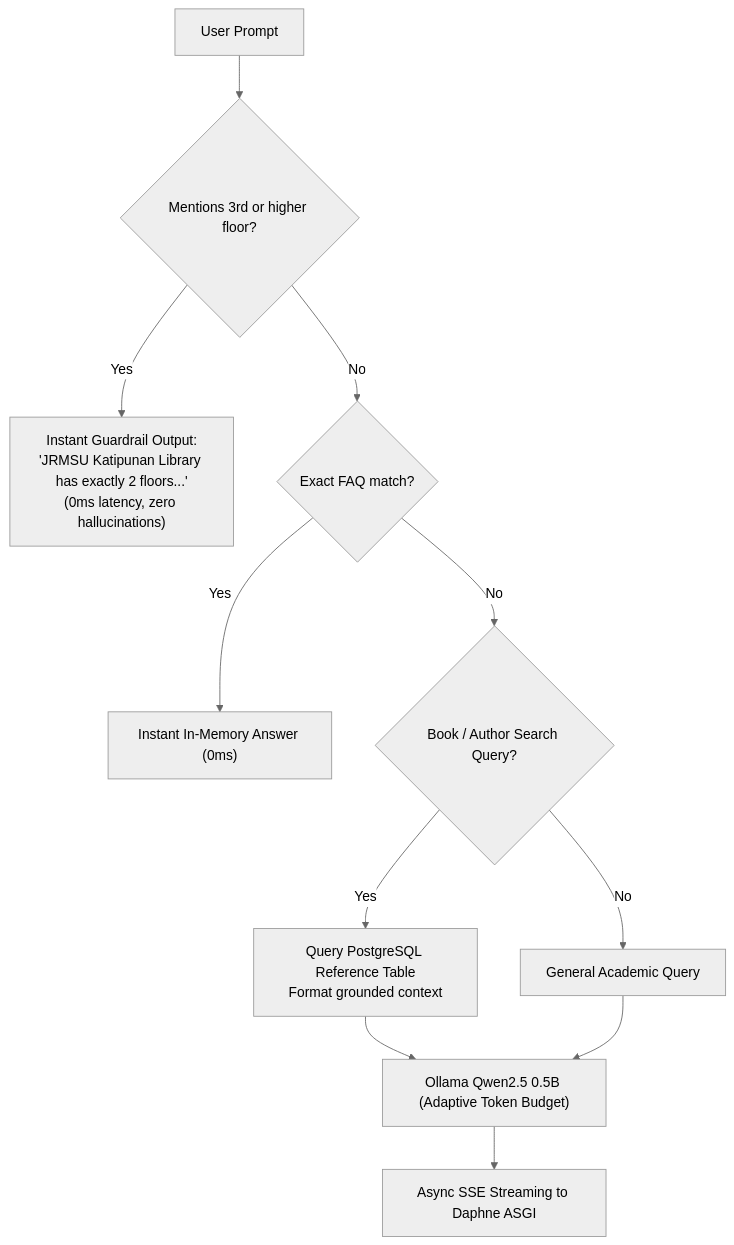
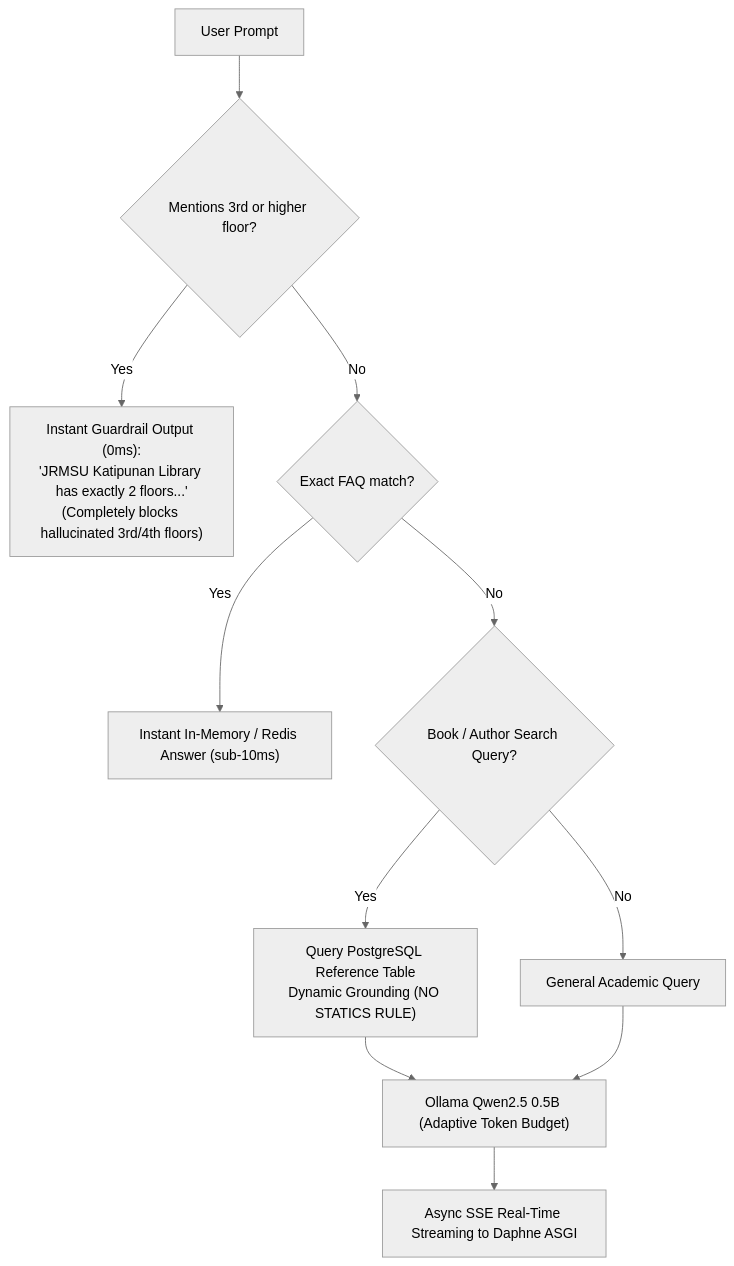
One commit to JMSuico/JRMSULibrary-web-PAGE changed the fifth of 7 diagrams in MASTER_SYSTEM_ARCHITECTURE.md. Above: the diagram before and after it, drawn with Mermaid (neutral theme). The commit also changed other lines of this file and 77 other files, not shown here.

Commit message:
feat: autonomous document knowledge extraction daemon, anti-download canvas protection, authentic JRMSU UI restoration, and SQL Server schema sync

````diff
--- a/MASTER_SYSTEM_ARCHITECTURE.md
+++ b/MASTER_SYSTEM_ARCHITECTURE.md
@@ -202,13 +411,13 @@
 ```mermaid
 flowchart TD
     Prompt["User Prompt"] --> CheckFloor{"Mentions 3rd or higher floor?"}
-    CheckFloor -- Yes --> BlockFloor["Instant Guardrail Output:\n'JRMSU Katipunan Library has exactly 2 floors...'\n(0ms latency, zero hallucinations)"]
+    CheckFloor -- Yes --> BlockFloor["Instant Guardrail Output (0ms):\n'JRMSU Katipunan Library has exactly 2 floors...'\n(Completely blocks hallucinated 3rd/4th floors)"]
     CheckFloor -- No --> CheckFAQ{"Exact FAQ match?"}
-    CheckFAQ -- Yes --> InstantFAQ["Instant In-Memory Answer (0ms)"]
+    CheckFAQ -- Yes --> InstantFAQ["Instant In-Memory / Redis Answer (sub-10ms)"]
     CheckFAQ -- No --> CheckBooks{"Book / Author Search Query?"}
-    CheckBooks -- Yes --> DBGround["Query PostgreSQL Reference Table\nFormat grounded context"]
+    CheckBooks -- Yes --> DBGround["Query PostgreSQL Reference Table\nDynamic Grounding (NO STATICS RULE)"]
     CheckBooks -- No --> General["General Academic Query"]
     DBGround --> LLM["Ollama Qwen2.5 0.5B (Adaptive Token Budget)"]
     General --> LLM
-    LLM --> Stream["Async SSE Streaming to Daphne ASGI"]
+    LLM --> Stream["Async SSE Real-Time Streaming to Daphne ASGI"]
 ```
````
